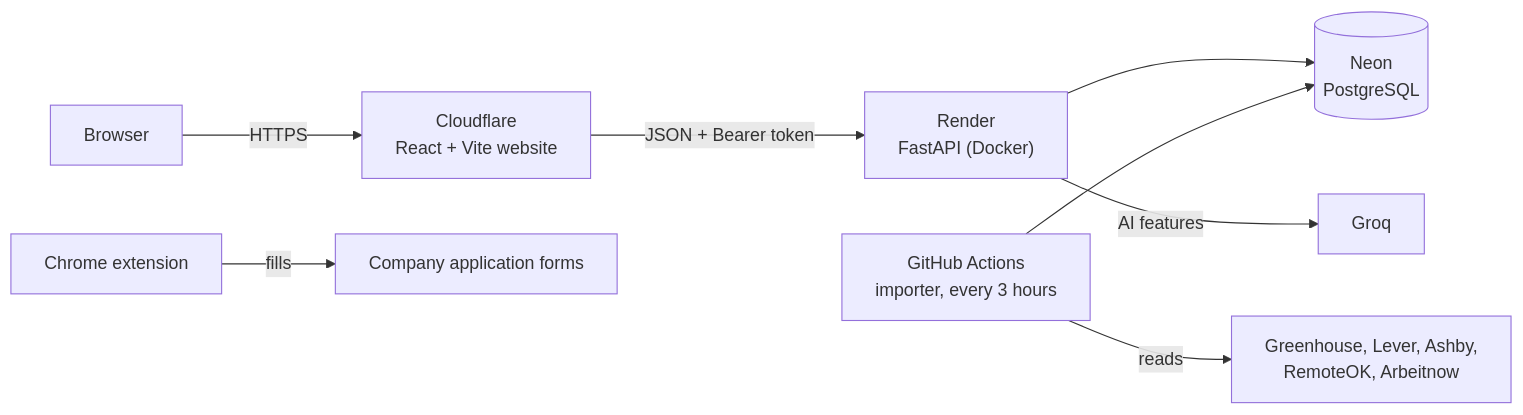
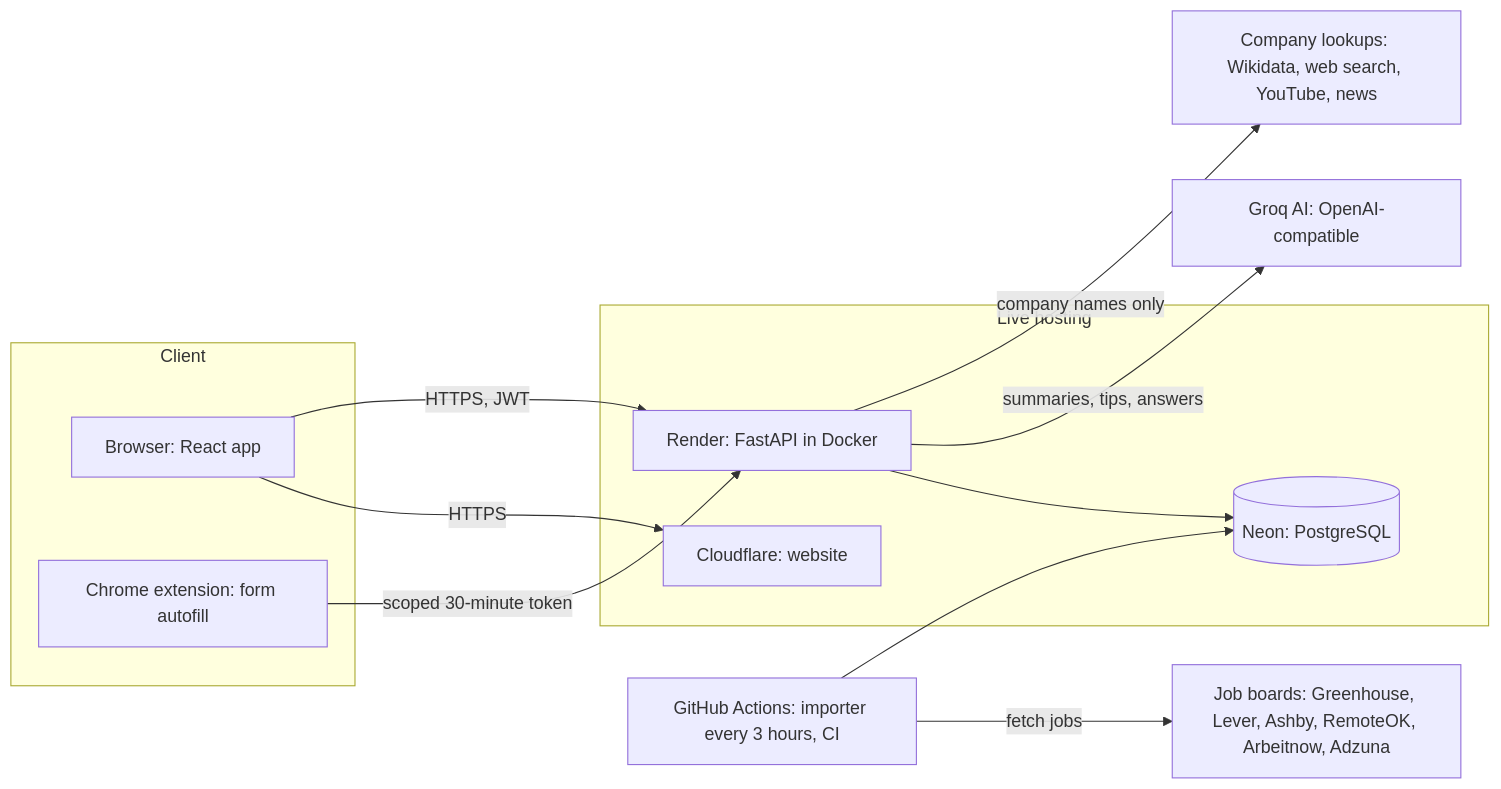
Before and after one commit to narasimha4576/swipeX: the first of 15 diagrams in README.md, drawn with Mermaid. The commit also changed other lines of this file, not shown here.

Commit message:
README: combined version with live deployment, flows and build log

````diff
--- a/README.md
+++ b/README.md
@@ -71,10 +70,27 @@
 ```mermaid
 flowchart LR
-    U["Browser"] -->|HTTPS| CF["Cloudflare<br/>React + Vite website"]
-    CF -->|JSON + Bearer token| API["Render<br/>FastAPI (Docker)"]
-    API --> DB[("Neon<br/>PostgreSQL")]
-    GH["GitHub Actions<br/>importer, every 3 hours"] --> DB
-    GH -->|reads| B["Greenhouse, Lever, Ashby,<br/>RemoteOK, Arbeitnow"]
-    API -->|AI features| G["Groq"]
-    EXT["Chrome extension"] -->|fills| F["Company application forms"]
+  subgraph Client
+    B["Browser: React app"]
+    X["Chrome extension: form autofill"]
+  end
+
+  subgraph Live["Live hosting"]
+    CF["Cloudflare: website"]
+    API["Render: FastAPI in Docker"]
+    DB[("Neon: PostgreSQL")]
+  end
+
+  GA["GitHub Actions: importer every 3 hours, CI"]
+  G["Groq AI: OpenAI-compatible"]
+  J["Job boards: Greenhouse, Lever, Ashby, RemoteOK, Arbeitnow, Adzuna"]
+  O["Company lookups: Wikidata, web search, YouTube, news"]
+
+  B -->|"HTTPS"| CF
+  B -->|"HTTPS, JWT"| API
+  X -->|"scoped 30-minute token"| API
+  API --> DB
+  GA --> DB
+  GA -->|"fetch jobs"| J
+  API -->|"summaries, tips, answers"| G
+  API -->|"company names only"| O
 ```
````
